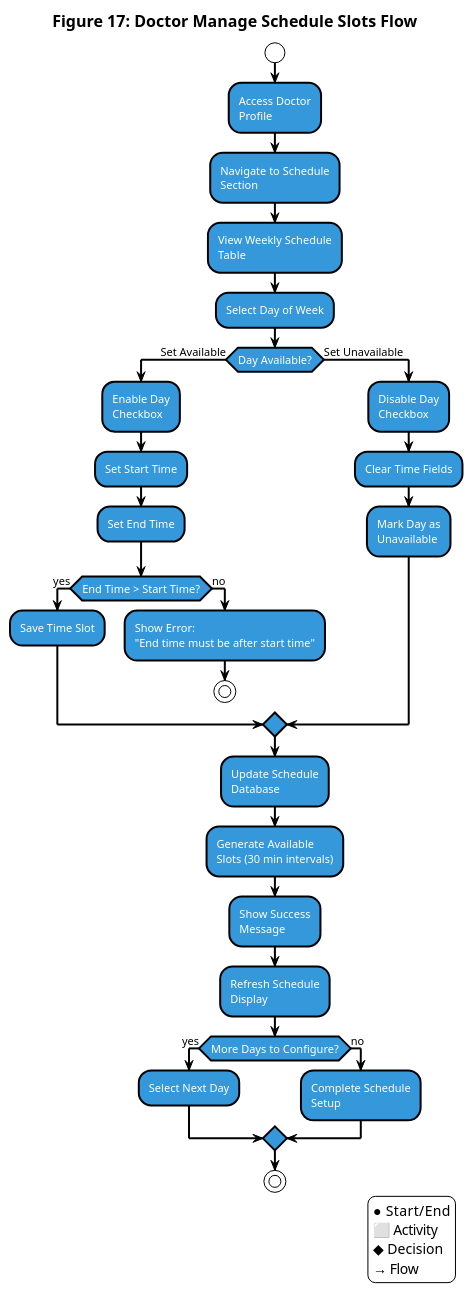
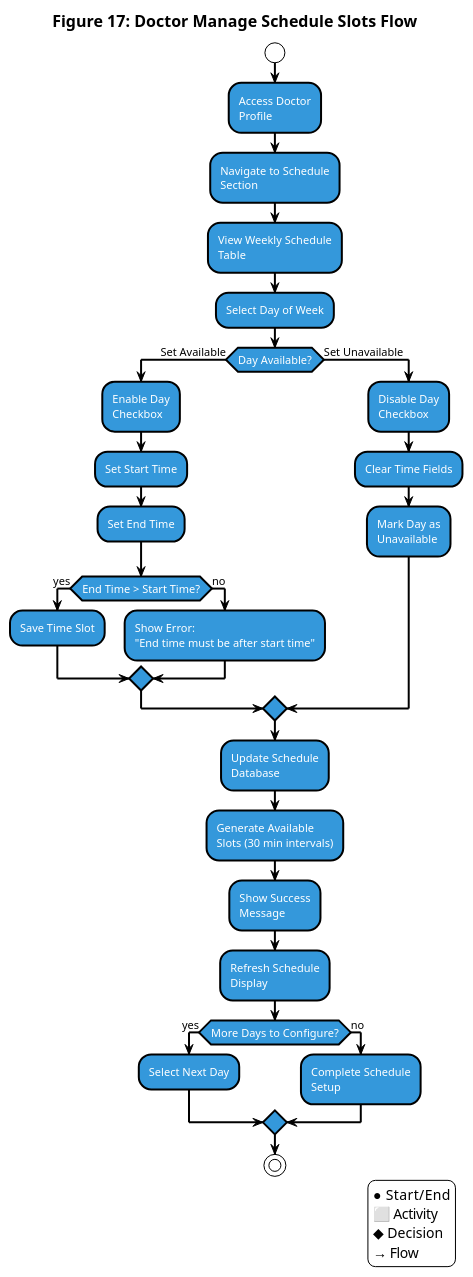
Before and after one commit to Ahmed-Makled/clinic: the diagram in Doctor_Manage_Slots_Activity.puml, drawn with PlantUML. The commit also changed 21 other files, not shown here.

First line of the commit message:
Refactor sequence diagrams for clarity and consistency

```diff
--- a/Doctor_Manage_Slots_Activity.puml
+++ b/Doctor_Manage_Slots_Activity.puml
@@ -1,80 +1,79 @@
 @startuml Doctor_Manage_Slots_Activity
 !theme plain
 skinparam backgroundColor white
 skinparam activityBorderColor black
 skinparam activityBackgroundColor #3498db
 skinparam startColor black
 skinparam endColor black
 skinparam decisionBorderColor black
 skinparam decisionBackgroundColor white
 skinparam arrowColor black
 skinparam activityFontColor white
 skinparam decisionFontColor black
 skinparam activityFontSize 11
 skinparam decisionFontSize 10
 skinparam titleFontSize 16
 skinparam titleFontColor black
 skinparam activityBorderThickness 2
 skinparam decisionBorderThickness 2
 skinparam arrowThickness 2
 skinparam shadowing false
 
 title Figure 17: Doctor Manage Schedule Slots Flow
 
 start
 
 :Access Doctor\nProfile;
 
 :Navigate to Schedule\nSection;
 
 :View Weekly Schedule\nTable;
 
 :Select Day of Week;
 
 if (Day Available?) then (Set Available)
   :Enable Day\nCheckbox;
-  
+
   :Set Start Time;
-  
+
   :Set End Time;
-  
+
   if (End Time > Start Time?) then (yes)
     :Save Time Slot;
   else (no)
     :Show Error:\n"End time must be after start time";
-    
-    stop
+
   endif
 
 else (Set Unavailable)
   :Disable Day\nCheckbox;
-  
+
   :Clear Time Fields;
-  
+
   :Mark Day as\nUnavailable;
 endif
 
 :Update Schedule\nDatabase;
 
 :Generate Available\nSlots (30 min intervals);
 
 :Show Success\nMessage;
 
 :Refresh Schedule\nDisplay;
 
 if (More Days to Configure?) then (yes)
   :Select Next Day;
 else (no)
   :Complete Schedule\nSetup;
 endif
 
 stop
 
 legend right
 ● Start/End
 ⬜ Activity
 ◆ Decision
 → Flow
 endlegend
 
-@enduml 
+@enduml
```
